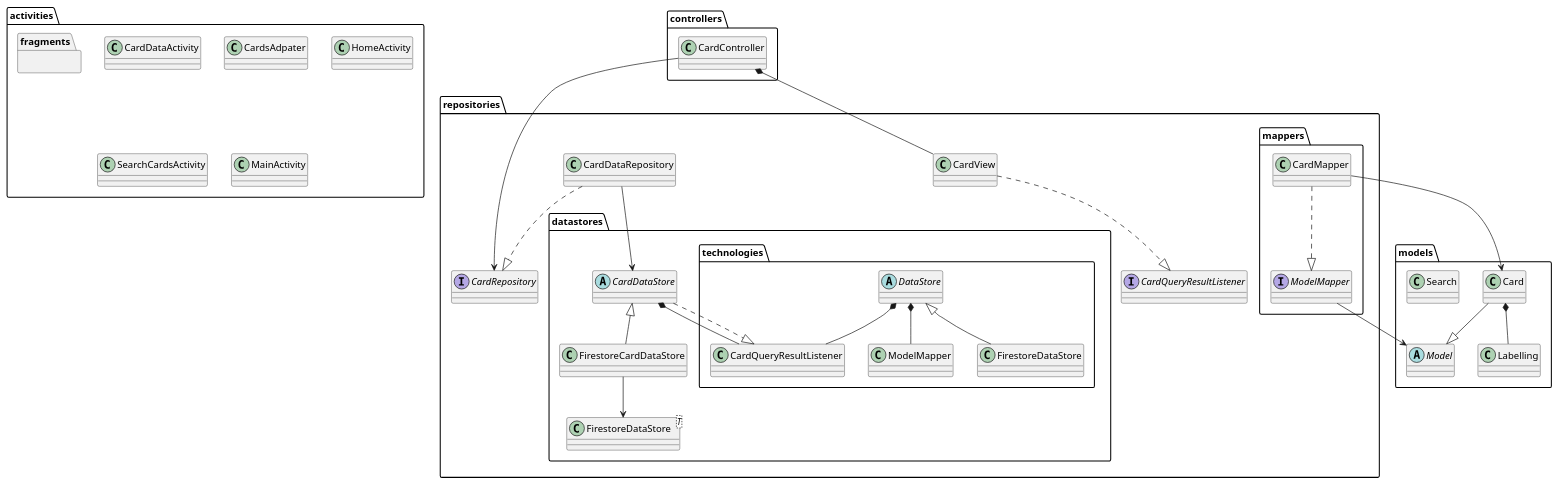
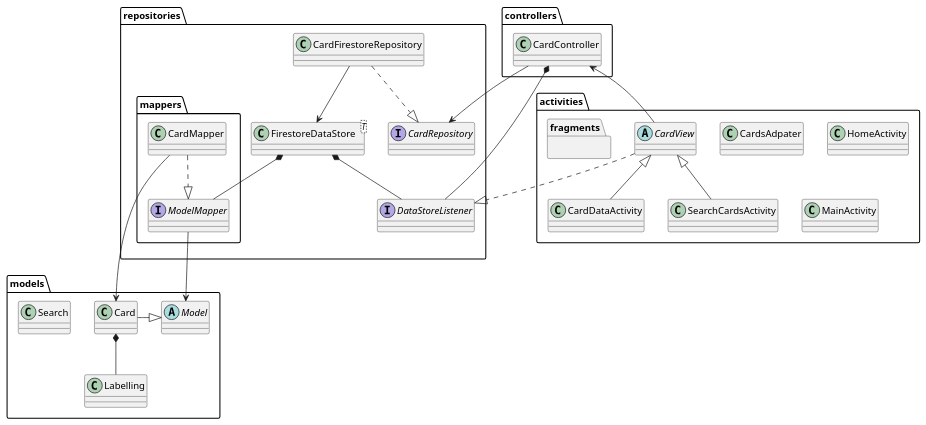
Before and after one commit to ferllop/evermind: the diagram in app/doc/class-design.puml, drawn with PlantUML.

Commit message:
Redraw desired persistence architecture

```diff
--- a/app/doc/class-design.puml
+++ b/app/doc/class-design.puml
@@ -1,57 +1,52 @@
 @startuml
+package controllers {
+    class CardController
+
+
+}
 package models {
     class Card
     class Labelling
     class Search
     abstract class Model
-    Card --|> Model
+    Card -right-|> Model
     Card *-- Labelling
 }
 
 package activities{
     package fragments{
     }
     class CardDataActivity
     class CardsAdpater
     class HomeActivity
     class SearchCardsActivity
     class MainActivity
-}
 
-package controllers {
-    class CardController
+    abstract class CardView
+    CardView -up-> CardController
+    CardView <|-- CardDataActivity
+    CardView <|-- SearchCardsActivity
 }
 
 package repositories{
-    package datastores {
-        package technologies{
-            abstract class DataStore
-            DataStore <|-- FirestoreDataStore
-            DataStore *-- CardQueryResultListener
-            DataStore *-- ModelMapper
-        }
-        abstract class CardDataStore
-        CardDataStore *-- CardQueryResultListener
-        CardDataStore <|-- FirestoreCardDataStore
-        CardDataStore ..|> CardQueryResultListener
-        class FirestoreDataStore<T>
-        FirestoreCardDataStore --> FirestoreDataStore
-    }
+    CardController -down-> CardRepository
     package mappers {
         interface ModelMapper
         ModelMapper --> Model
         CardMapper ..|> ModelMapper
         CardMapper --> Card
     }
-    interface CardQueryResultListener
     interface CardRepository
-    class CardDataRepository
-    CardView ..|> CardQueryResultListener
-    CardController *-- CardView
-    CardController --> CardRepository
-    CardDataRepository ..|> CardRepository
-    CardDataRepository --> CardDataStore
+    interface DataStoreListener
+    class CardFirestoreRepository
+    CardFirestoreRepository ..|> CardRepository
+    CardFirestoreRepository --> FirestoreDataStore
 
+    class FirestoreDataStore<T>
+    FirestoreDataStore *-- DataStoreListener
+    FirestoreDataStore *-- ModelMapper
+    CardController *-- DataStoreListener
+    CardView ..|> DataStoreListener
+}
 
-}
 @enduml
```
